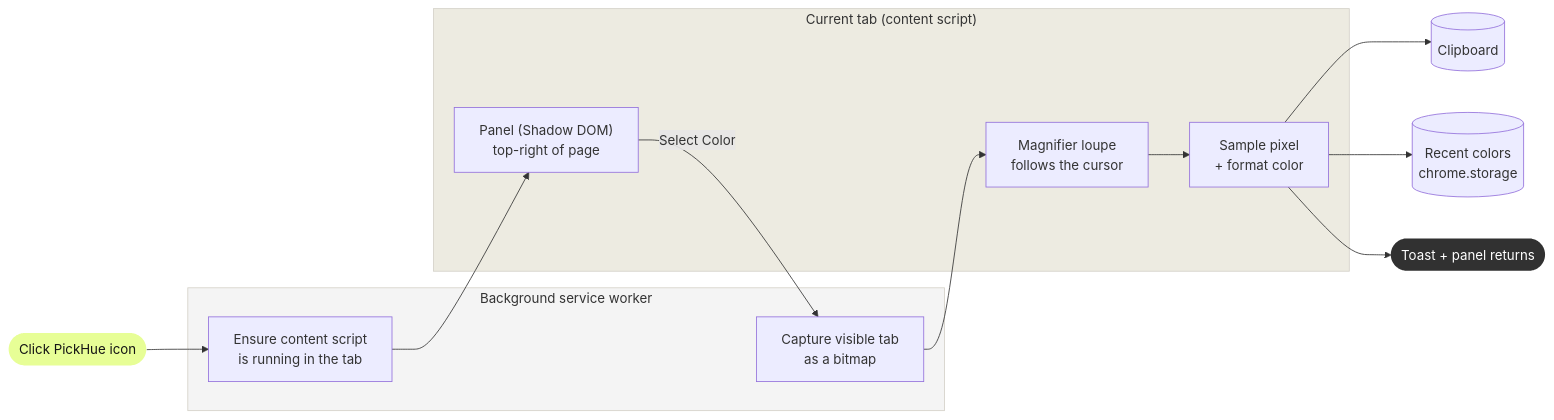
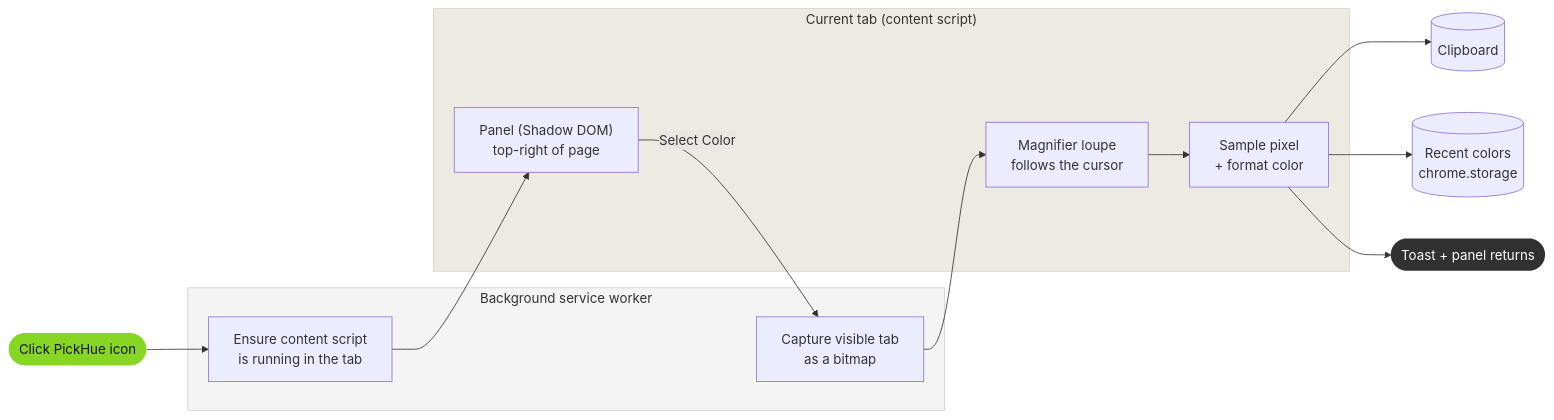
Before and after one commit to alex-wilczewski/pickhue: the diagram in README.md, drawn with Mermaid. The commit also changed other lines of this file and 6 other files, not shown here.

````diff
--- a/README.md
+++ b/README.md
@@ -86,29 +100,29 @@
 ```mermaid
 flowchart LR
     A([Click PickHue icon])
 
     subgraph bg ["Background service worker"]
         B["Ensure content script\nis running in the tab"]
         CAP["Capture visible tab\nas a bitmap"]
     end
 
     subgraph page ["Current tab (content script)"]
         P["Panel (Shadow DOM)\ntop-right of page"]
         L["Magnifier loupe\nfollows the cursor"]
         S["Sample pixel\n+ format color"]
     end
 
     A --> B --> P
     P -->|"Select Color"| CAP
     CAP --> L --> S
     S --> CB[("Clipboard")]
     S --> R[("Recent colors\nchrome.storage")]
     S --> T([Toast + panel returns])
 
-    classDef accent fill:#e7fe96,stroke:none,color:#141414
+    classDef accent fill:#87d624,stroke:none,color:#141414
     classDef done fill:#313131,stroke:none,color:#ffffff
     class A accent
     class T done
     style bg fill:#f4f4f4,stroke:#d4d1c8
     style page fill:#edebe1,stroke:#d4d1c8
 ```
````
